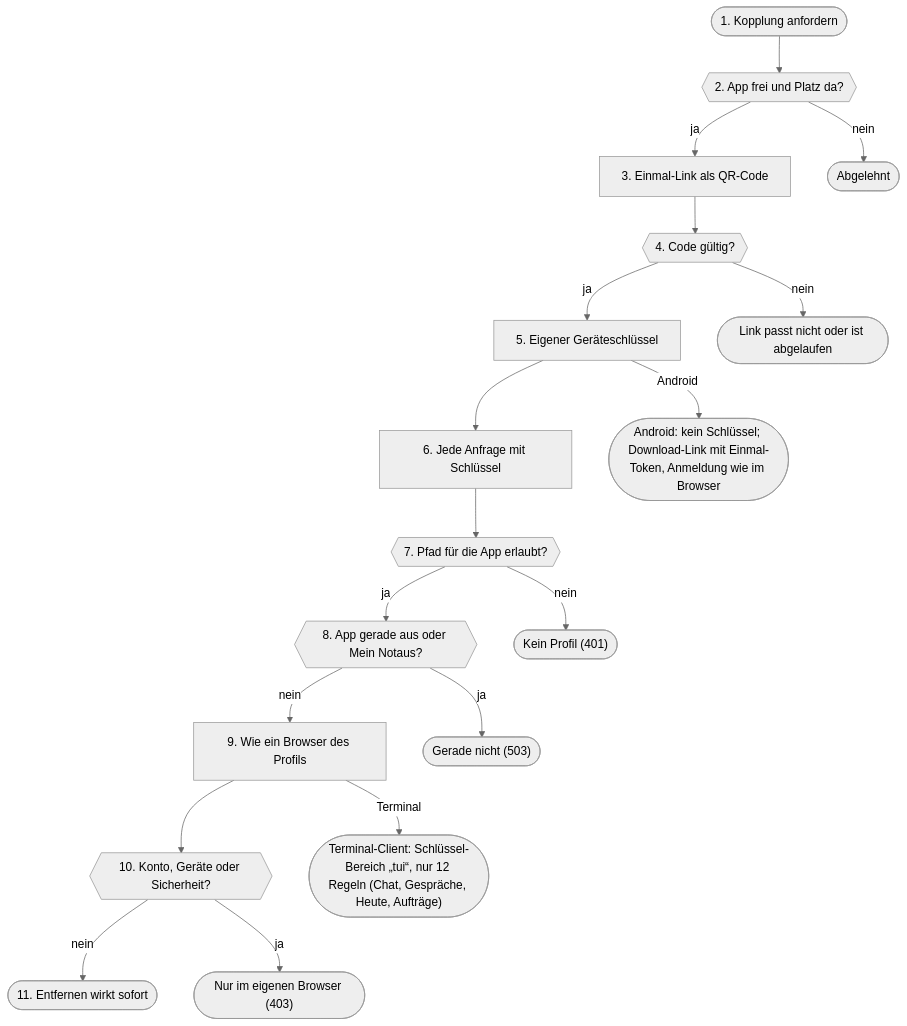
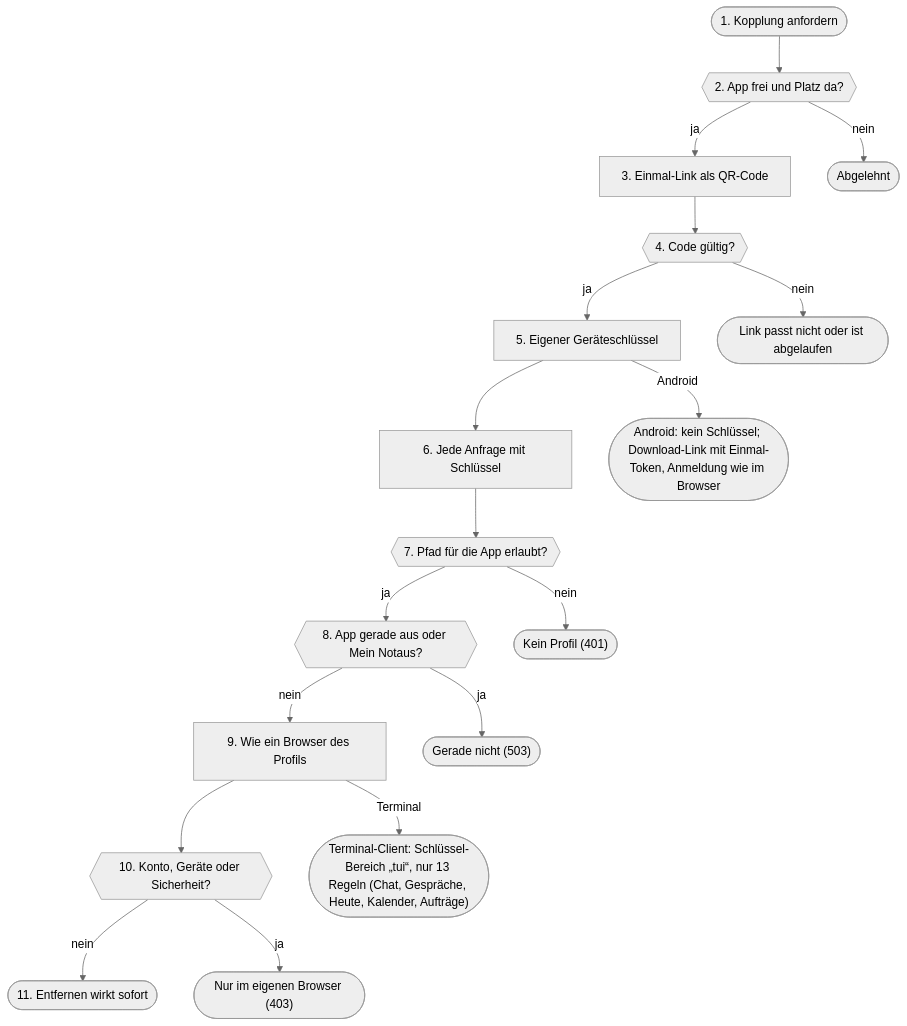
Before and after one commit to db9979/speech-on-dgx-spark: the third of 27 diagrams in docs/de/architektur.md, drawn with Mermaid (neutral theme). The commit also changed other lines of this file and 14 other files, not shown here.

First line of the commit message:
V01.0.807 uConsole/Terminal: spark-tui kalender und F5 zeigen die Woche der Seite Kalender

````diff
--- a/docs/de/architektur.md
+++ b/docs/de/architektur.md
@@ -795,38 +795,38 @@
 ```mermaid
 flowchart TD
   s1(["1. Kopplung anfordern"])
   s2{{"2. App frei und Platz da?"}}
   s3["3. Einmal-Link als QR-Code"]
   s4{{"4. Code gültig?"}}
   s5["5. Eigener Geräteschlüssel"]
   s6["6. Jede Anfrage mit Schlüssel"]
   s7{{"7. Pfad für die App erlaubt?"}}
   s8{{"8. App gerade aus oder Mein Notaus?"}}
   s9["9. Wie ein Browser des Profils"]
   s10{{"10. Konto, Geräte oder Sicherheit?"}}
   s11(["11. Entfernen wirkt sofort"])
   s1 --> s2
   s2 -->|ja| s3
   s3 --> s4
   s4 -->|ja| s5
   s5 --> s6
   s6 --> s7
   s7 -->|ja| s8
   s8 -->|nein| s9
   s9 --> s10
   s10 -->|nein| s11
   s2x(["Abgelehnt"])
   s2 -->|nein| s2x
   s4x(["Link passt nicht oder ist abgelaufen"])
   s4 -->|nein| s4x
   s5x(["Android: kein Schlüssel; Download-Link mit Einmal-Token, Anmeldung wie im Browser"])
   s5 -->|Android| s5x
   s7x(["Kein Profil (401)"])
   s7 -->|nein| s7x
   s8x(["Gerade nicht (503)"])
   s8 -->|ja| s8x
-  s9x(["Terminal-Client: Schlüssel-Bereich „tui“, nur 12 Regeln (Chat, Gespräche, Heute, Aufträge)"])
+  s9x(["Terminal-Client: Schlüssel-Bereich „tui“, nur 13 Regeln (Chat, Gespräche, Heute, Kalender, Aufträge)"])
   s9 -->|Terminal| s9x
   s10x(["Nur im eigenen Browser (403)"])
   s10 -->|ja| s10x
 ```
````
